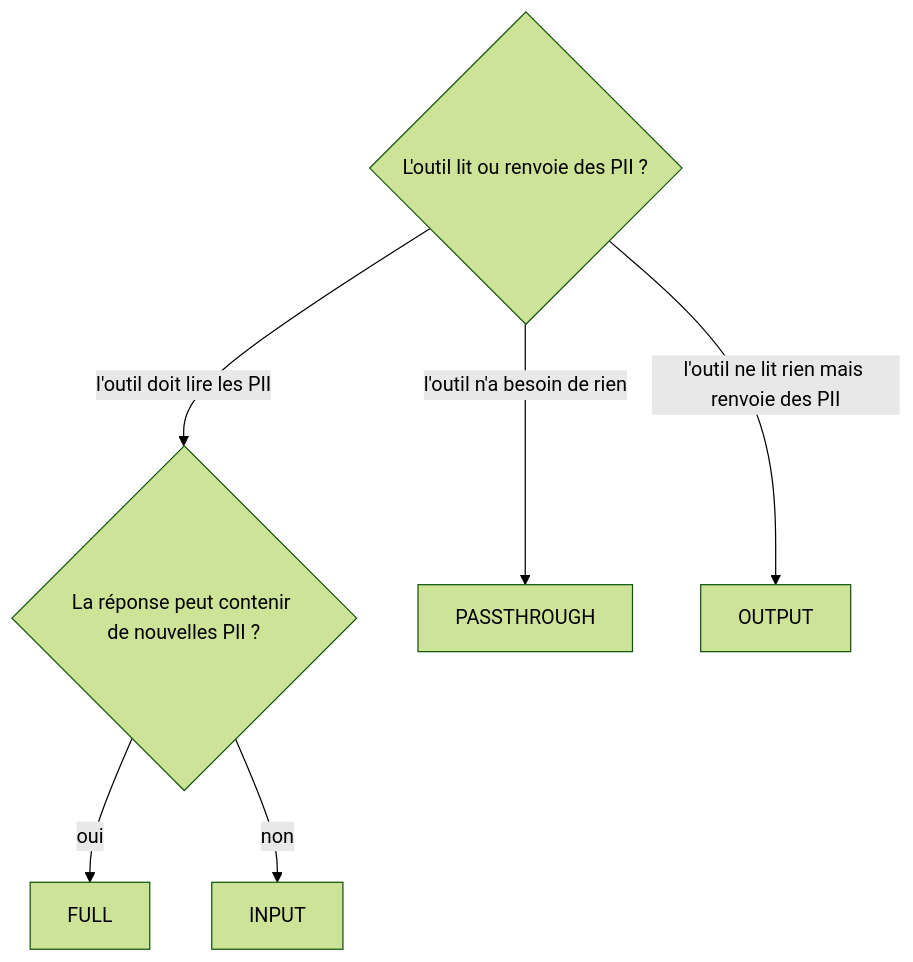
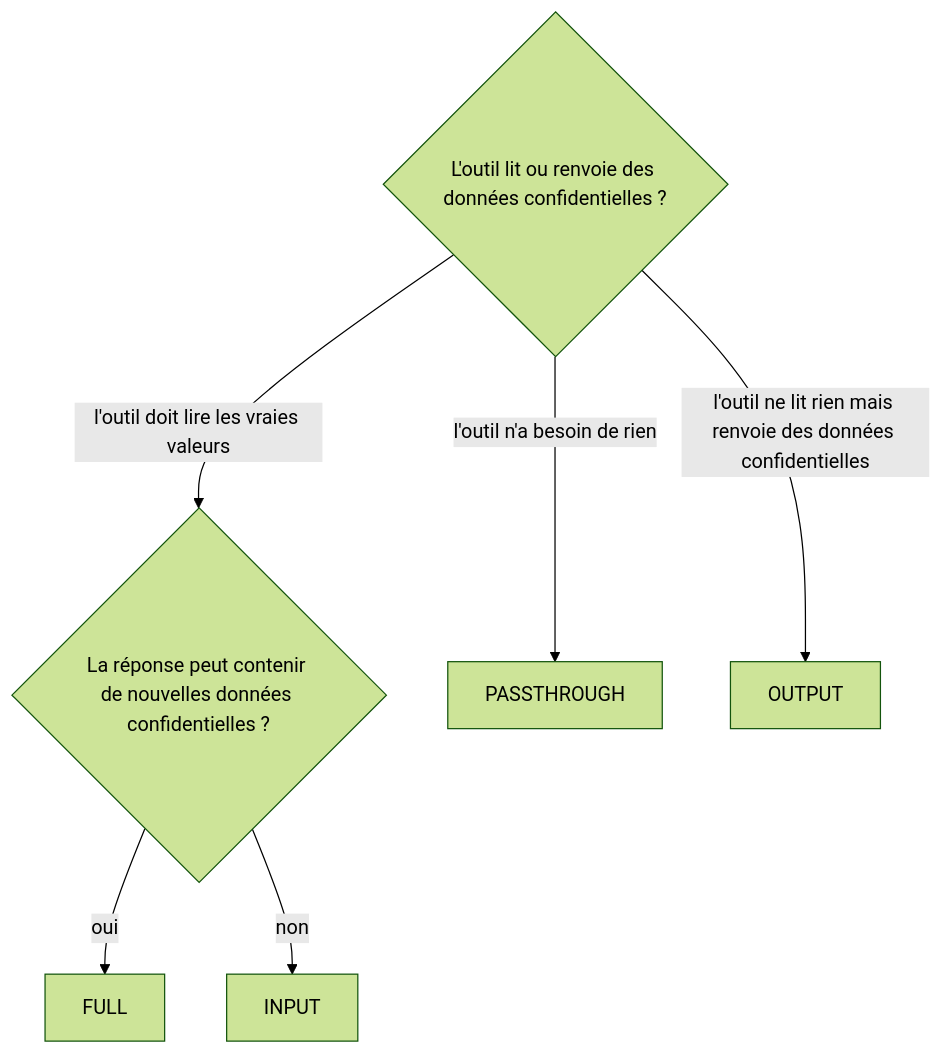
One commit to Athroniaeth/piighost changed the second of 2 diagrams in docs/fr/tool-call-strategies.md. Above: the diagram before and after it, drawn with Mermaid (forest theme). The commit also changed other lines of this file and 62 other files, not shown here.

````diff
--- a/docs/fr/tool-call-strategies.md
+++ b/docs/fr/tool-call-strategies.md
@@ -134,8 +134,8 @@
 ```mermaid
 flowchart TD
-    A{L'outil lit ou renvoie des PII ?} -->|l'outil doit lire les PII| B{La réponse peut contenir de nouvelles PII ?}
+    A{L'outil lit ou renvoie des données confidentielles ?} -->|l'outil doit lire les vraies valeurs| B{La réponse peut contenir de nouvelles données confidentielles ?}
     A -->|l'outil n'a besoin de rien| E[PASSTHROUGH]
-    A -->|l'outil ne lit rien mais renvoie des PII| F[OUTPUT]
+    A -->|l'outil ne lit rien mais renvoie des données confidentielles| F[OUTPUT]
     B -->|oui| C[FULL]
     B -->|non| D[INPUT]
 ```
````
